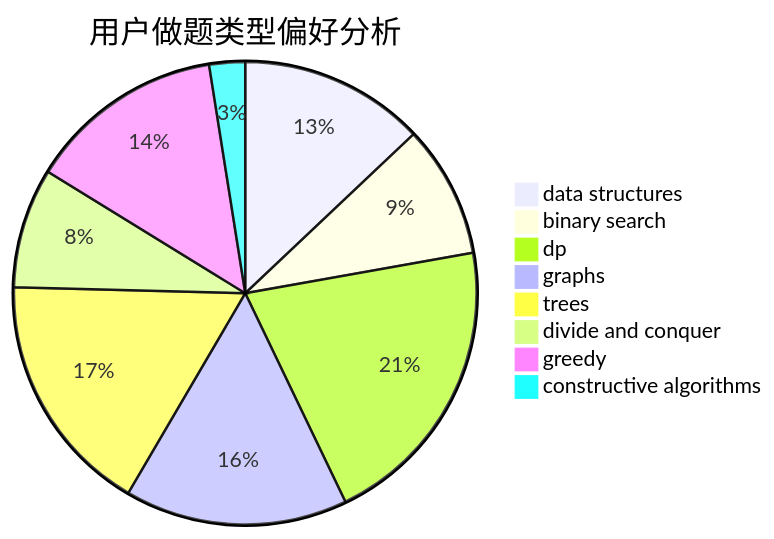
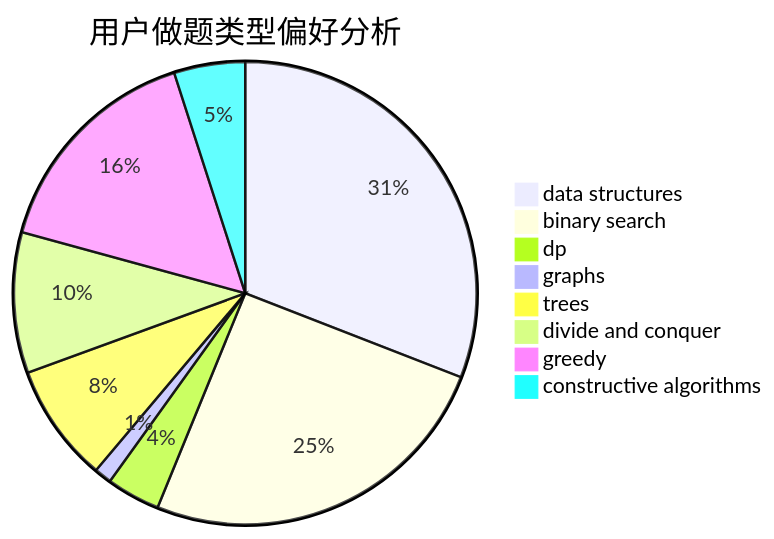
Before and after one commit to sherpahu/cfrs.github.io: the second of 3 diagrams in docs/user/u849.md, drawn with Mermaid. The commit also changed other lines of this file and 2770 other files, not shown here.

````diff
--- a/docs/user/u849.md
+++ b/docs/user/u849.md
@@ -23,11 +23,11 @@
 ```mermaid
 pie title 用户做题类型偏好分析
-    "data structures" :  119
-    "binary search" :  85
-    "dp" :  190
-    "graphs" :  143
-    "trees" :  156
-    "divide and conquer" :  77
-    "greedy" :  126
-    "constructive algorithms" :  23
+    "data structures" :  280
+    "binary search" :  229
+    "dp" :  34
+    "graphs" :  11
+    "trees" :  75
+    "divide and conquer" :  89
+    "greedy" :  143
+    "constructive algorithms" :  45
 ```
````
